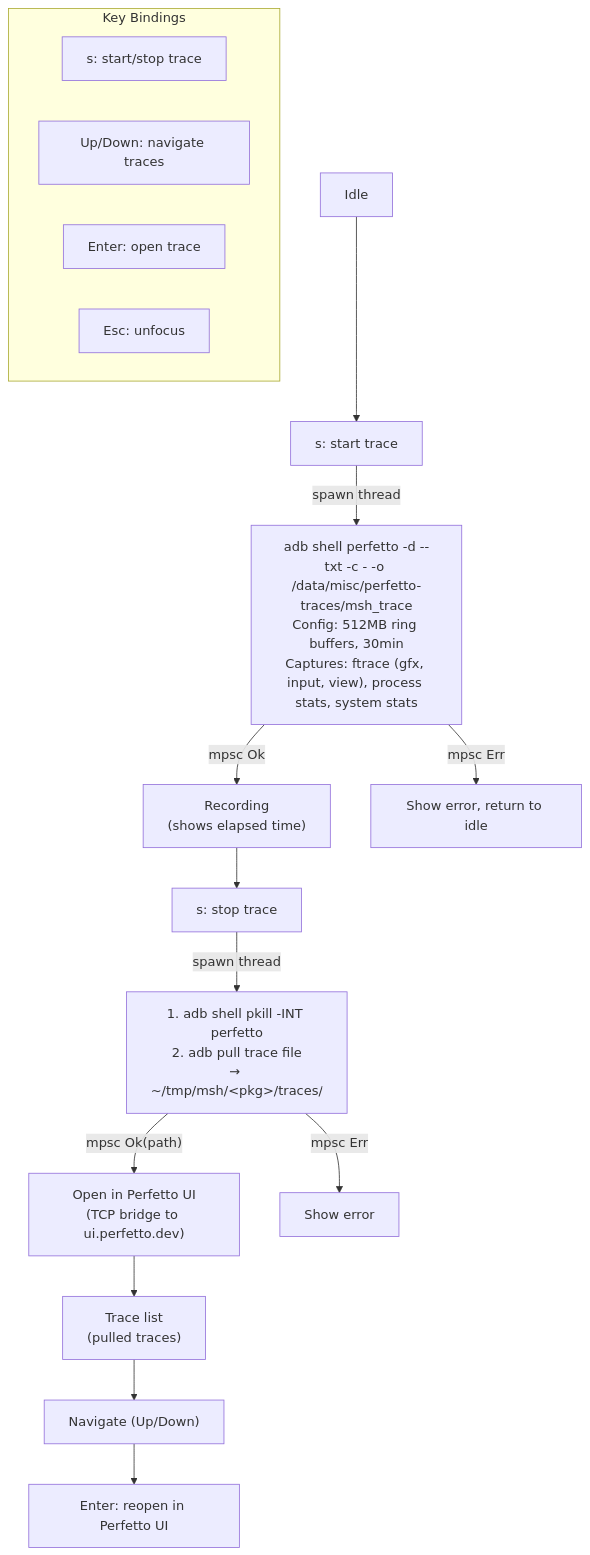
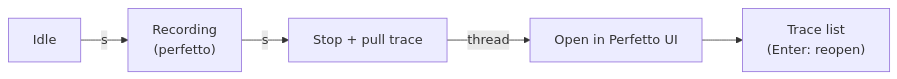
One commit to measure-sh/holo changed the diagram in docs/architecture/trace.mmd. Above: the diagram before and after it, drawn with Mermaid. The commit also changed 8 other files, not shown here.

Commit message:
Tighten architecture diagrams for readability

```diff
--- a/docs/architecture/trace.mmd
+++ b/docs/architecture/trace.mmd
@@ -1,22 +1,5 @@
-graph TD
-    IDLE["Idle"] --> START["s: start trace"]
-    START -->|spawn thread| PERFETTO["adb shell perfetto -d --txt -c - -o /data/misc/perfetto-traces/msh_trace\nConfig: 512MB ring buffers, 30min\nCaptures: ftrace (gfx, input, view), process stats, system stats"]
-    PERFETTO -->|"mpsc Ok"| RECORDING["Recording\n(shows elapsed time)"]
-    PERFETTO -->|"mpsc Err"| FAILED["Show error, return to idle"]
-
-    RECORDING --> STOP["s: stop trace"]
-    STOP -->|spawn thread| PULL["1. adb shell pkill -INT perfetto\n2. adb pull trace file\n→ ~/tmp/msh/&lt;pkg&gt;/traces/"]
-    PULL -->|"mpsc Ok(path)"| OPEN["Open in Perfetto UI\n(TCP bridge to ui.perfetto.dev)"]
-    PULL -->|"mpsc Err"| SHOW_ERR["Show error"]
-
-    OPEN --> LIST["Trace list\n(pulled traces)"]
-    LIST --> NAV["Navigate (Up/Down)"]
-    NAV --> REOPEN["Enter: reopen in Perfetto UI"]
-
-    subgraph KEYS["Key Bindings"]
-        direction LR
-        K1["s: start/stop trace"]
-        K2["Up/Down: navigate traces"]
-        K3["Enter: open trace"]
-        K4["Esc: unfocus"]
-    end
+graph LR
+    IDLE["Idle"] -->|s| REC["Recording\n(perfetto)"]
+    REC -->|s| PULL["Stop + pull trace"]
+    PULL -->|thread| OPEN["Open in Perfetto UI"]
+    OPEN --> LIST["Trace list\n(Enter: reopen)"]
```
